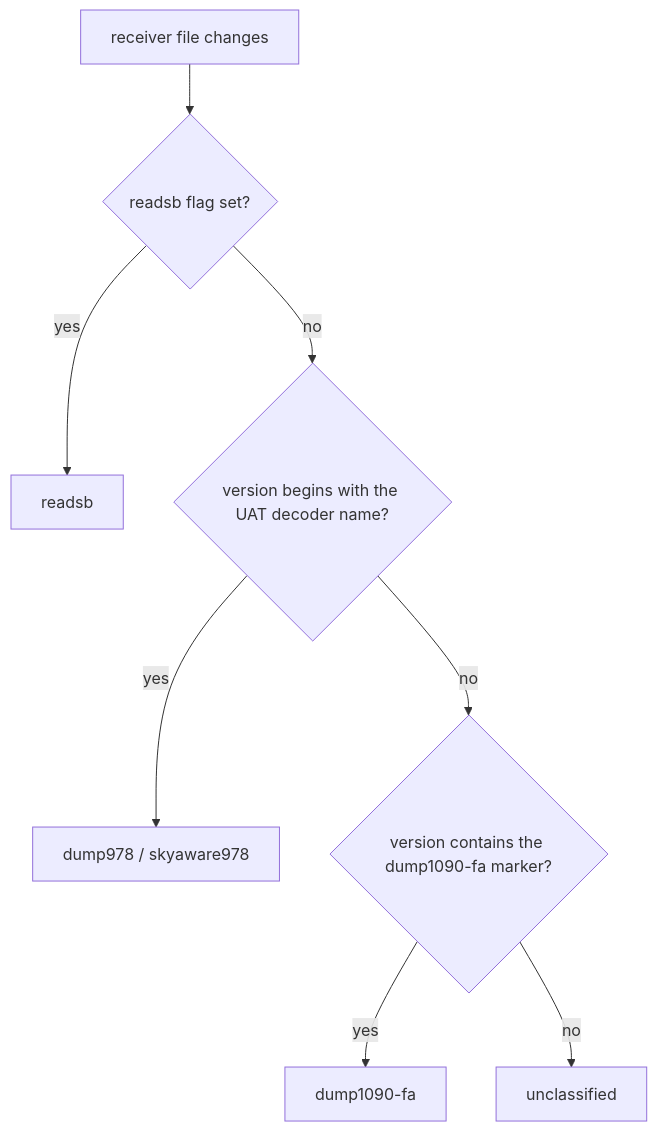
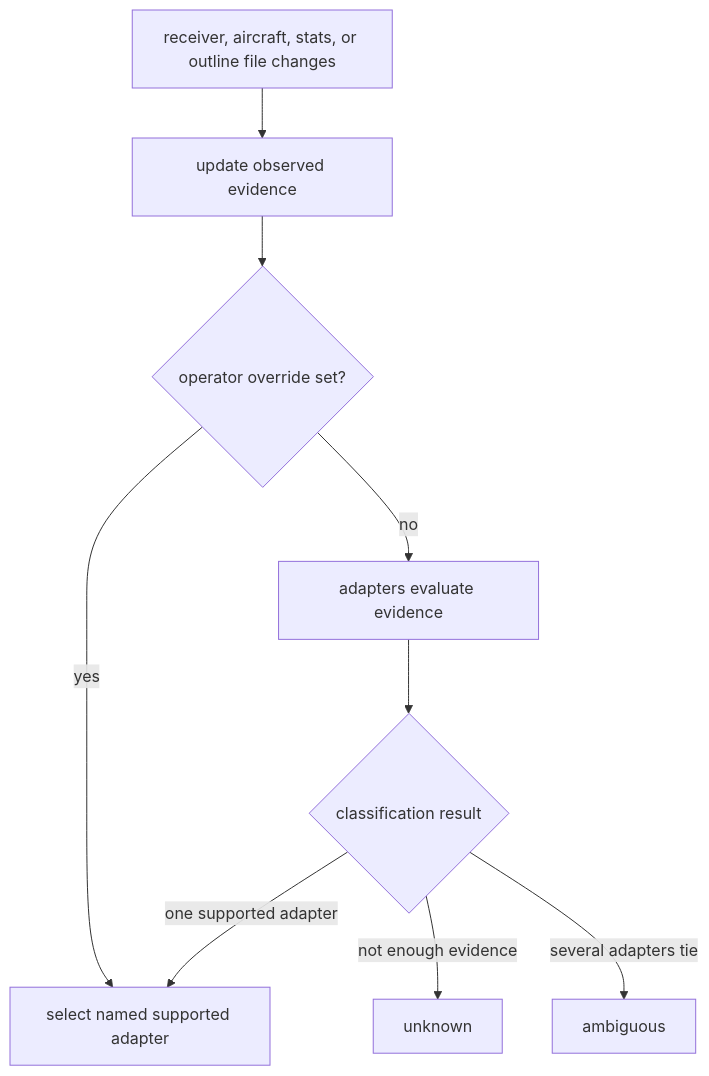
The diagram in docs/backend/producer-normalization.md (Ident-1090/Ident), drawn with Mermaid before and after one commit. The commit also changed other lines of this file and 36 other files, not shown here.

Commit message:
Normalize producer status and receiver stats

````diff
--- a/docs/backend/producer-normalization.md
+++ b/docs/backend/producer-normalization.md
@@ -56,10 +64,11 @@
 ```mermaid
 flowchart TD
-  C[receiver file changes] --> R{readsb flag set?}
-  R -->|yes| RB[readsb]
-  R -->|no| U{version begins with the UAT decoder name?}
-  U -->|yes| UAT[dump978 / skyaware978]
-  U -->|no| D{version contains the dump1090-fa marker?}
-  D -->|yes| DF[dump1090-fa]
-  D -->|no| UN[unclassified]
+  F[receiver, aircraft, stats, or outline file changes] --> E[update observed evidence]
+  E --> O{operator override set?}
+  O -->|yes| S[select named supported adapter]
+  O -->|no| A[adapters evaluate evidence]
+  A --> R{classification result}
+  R -->|one supported adapter| S
+  R -->|not enough evidence| N[unknown]
+  R -->|several adapters tie| M[ambiguous]
 ```
````
